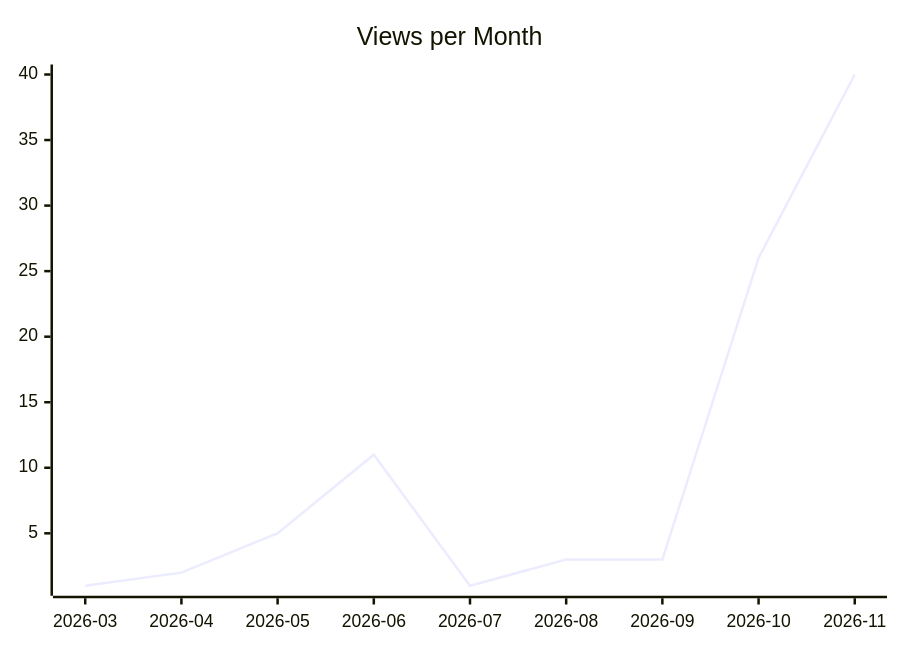
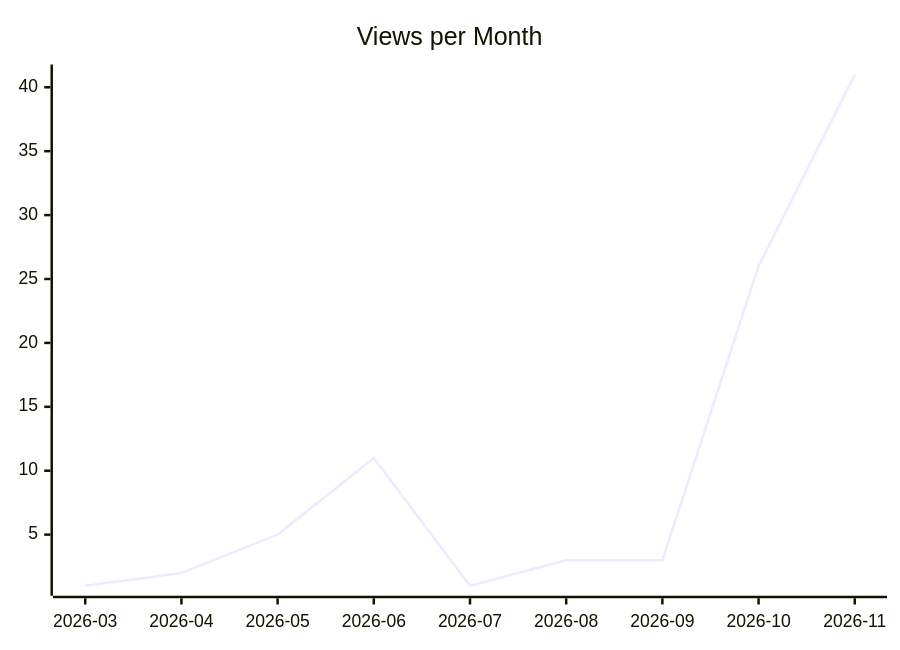
One commit to justdavis-family/github-analytics-data changed the second of 3 diagrams in karlmdavis/justdavis-ansible/README.md. Above: the diagram before and after it, drawn with Mermaid. The commit also changed other lines of this file and 192 other files, not shown here.

````diff
--- a/karlmdavis/justdavis-ansible/README.md
+++ b/karlmdavis/justdavis-ansible/README.md
@@ -12,6 +12,6 @@
 ```mermaid
 xychart-beta
   title "Views per Month"
   x-axis ["2026-03", "2026-04", "2026-05", "2026-06", "2026-07", "2026-08", "2026-09", "2026-10", "2026-11"]
-  line [1, 2, 5, 11, 1, 3, 3, 26, 40]
+  line [1, 2, 5, 11, 1, 3, 3, 26, 41]
 ```
````
